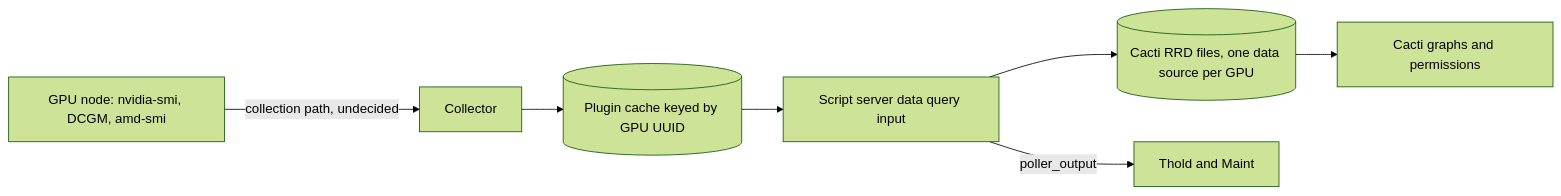
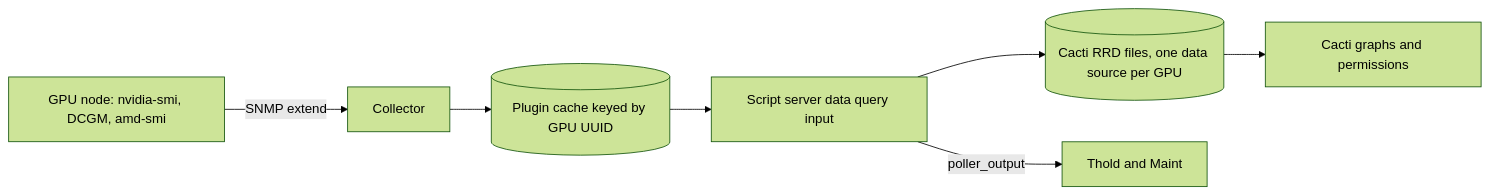
One commit to somethingwithproof/plugin_gpu changed the diagram in README.md. Above: the diagram before and after it, drawn with Mermaid (forest theme). The commit also changed other lines of this file and 1 other file, not shown here.

````diff
--- a/README.md
+++ b/README.md
@@ -61,9 +61,9 @@
 ```mermaid
 flowchart LR
-    NODE[GPU node: nvidia-smi, DCGM, amd-smi] -->|collection path, undecided| C[Collector]
+    NODE[GPU node: nvidia-smi, DCGM, amd-smi] -->|SNMP extend| C[Collector]
     C --> CACHE[(Plugin cache keyed by GPU UUID)]
     CACHE --> SS[Script server data query input]
     SS --> RRD[(Cacti RRD files, one data source per GPU)]
     SS -->|poller_output| T[Thold and Maint]
     RRD --> G[Cacti graphs and permissions]
 ```
````
